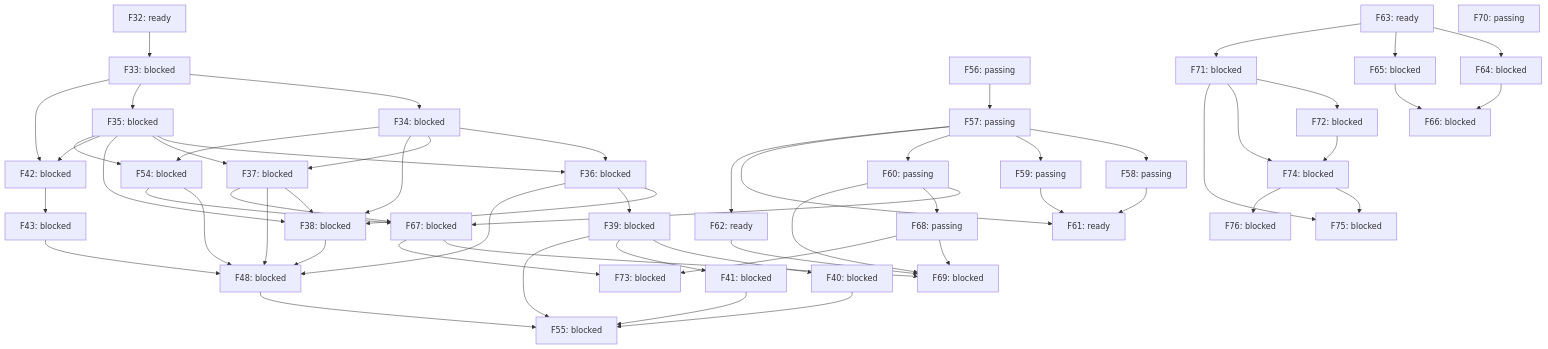
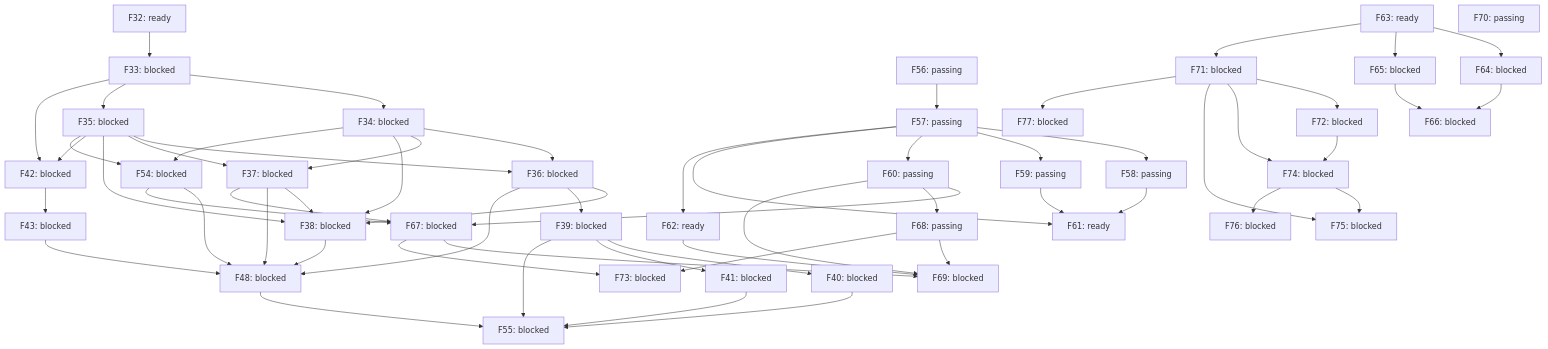
The diagram in docs/roadmap-graph.md (alex-nax/rengine), drawn with Mermaid before and after one commit. The commit also changed other lines of this file and 3 other files, not shown here.

````diff
--- a/docs/roadmap-graph.md
+++ b/docs/roadmap-graph.md
@@ -99,4 +99,6 @@
   F74 --> F75
   F76["F76: blocked"]
   F74 --> F76
+  F77["F77: blocked"]
+  F71 --> F77
 ```
````
